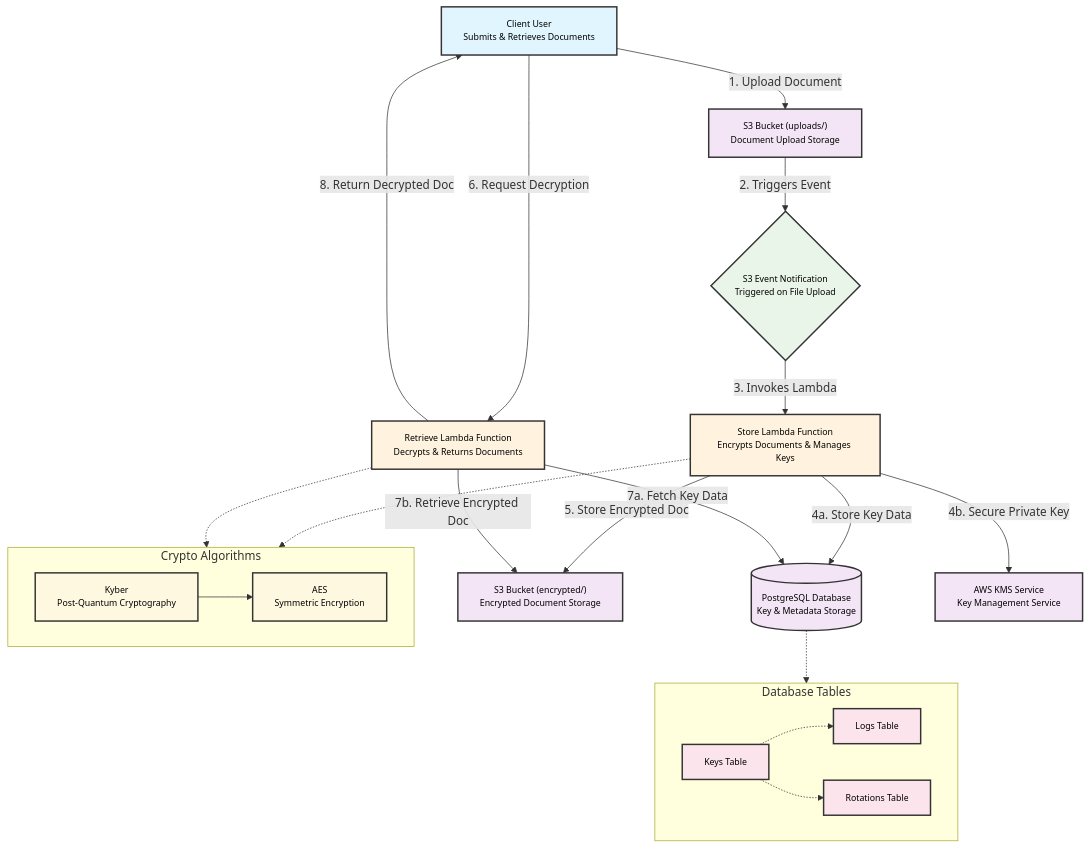
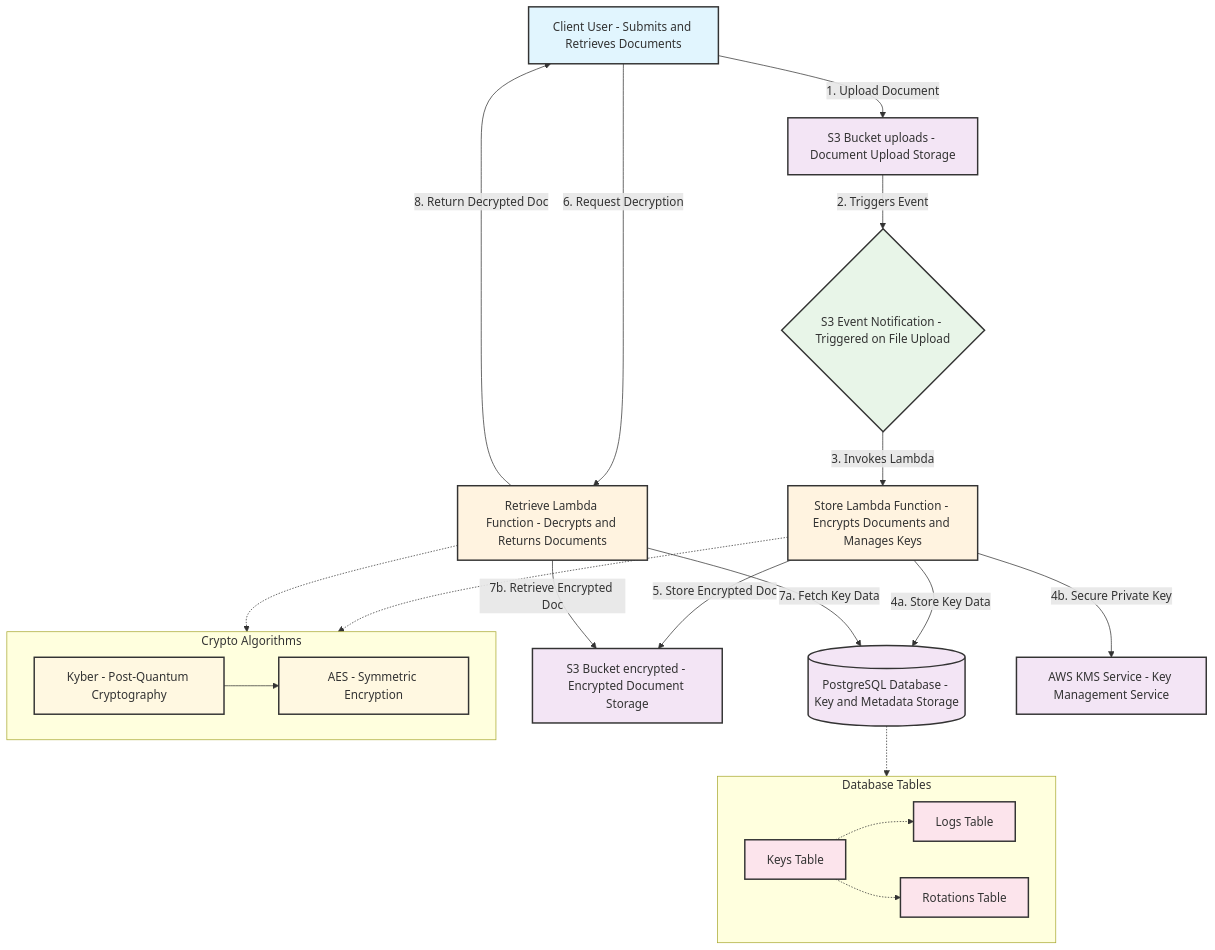
The diagram in architecture.mmd (m1rl0k/pqfile), drawn with Mermaid before and after one commit.

```diff
--- a/architecture.mmd
+++ b/architecture.mmd
@@ -1,65 +1,65 @@
-flowchart TB
+graph TB
     %% Define node styles
-    classDef userClass fill:#e1f5fe,stroke:#333,stroke-width:2px,font-size:12px,color:#000
-    classDef lambdaClass fill:#fff3e0,stroke:#333,stroke-width:2px,font-size:12px,color:#000
-    classDef storageClass fill:#f3e5f5,stroke:#333,stroke-width:2px,font-size:12px,color:#000
-    classDef eventClass fill:#e8f5e8,stroke:#333,stroke-width:2px,font-size:12px,color:#000
-    classDef algorithmClass fill:#fff8e1,stroke:#333,stroke-width:2px,font-size:12px,color:#000
-    classDef dbClass fill:#fce4ec,stroke:#333,stroke-width:2px,font-size:12px,color:#000
+    classDef userClass fill:#e1f5fe,stroke:#333,stroke-width:2px
+    classDef lambdaClass fill:#fff3e0,stroke:#333,stroke-width:2px
+    classDef storageClass fill:#f3e5f5,stroke:#333,stroke-width:2px
+    classDef eventClass fill:#e8f5e8,stroke:#333,stroke-width:2px
+    classDef algorithmClass fill:#fff8e1,stroke:#333,stroke-width:2px
+    classDef dbClass fill:#fce4ec,stroke:#333,stroke-width:2px
     
     %% External Components
-    User["Client User<br/>Submits & Retrieves Documents"] 
-    S3Up["S3 Bucket (uploads/)<br/>Document Upload Storage"] 
-    S3Enc["S3 Bucket (encrypted/)<br/>Encrypted Document Storage"] 
+    User[Client User - Submits and Retrieves Documents] 
+    S3Up[S3 Bucket uploads - Document Upload Storage] 
+    S3Enc[S3 Bucket encrypted - Encrypted Document Storage] 
     
     %% Core Services
-    Store["Store Lambda Function<br/>Encrypts Documents & Manages Keys"] 
-    Retrieve["Retrieve Lambda Function<br/>Decrypts & Returns Documents"] 
-    DB[("PostgreSQL Database<br/>Key & Metadata Storage")] 
-    KMS["AWS KMS Service<br/>Key Management Service"] 
+    Store[Store Lambda Function - Encrypts Documents and Manages Keys] 
+    Retrieve[Retrieve Lambda Function - Decrypts and Returns Documents] 
+    DB[(PostgreSQL Database - Key and Metadata Storage)] 
+    KMS[AWS KMS Service - Key Management Service] 
     
     %% Event Flow
-    Event{"S3 Event Notification<br/>Triggered on File Upload"} 
+    Event{S3 Event Notification - Triggered on File Upload} 
     
     %% Flow Connections
-    User -->|"1. Upload Document"| S3Up
-    User -->|"6. Request Decryption"| Retrieve
+    User -->|1. Upload Document| S3Up
+    User -->|6. Request Decryption| Retrieve
     
     %% Automatic Encryption Flow
-    S3Up -->|"2. Triggers Event"| Event
-    Event -->|"3. Invokes Lambda"| Store
-    Store -->|"4a. Store Key Data"| DB
-    Store -->|"4b. Secure Private Key"| KMS
-    Store -->|"5. Store Encrypted Doc"| S3Enc
+    S3Up -->|2. Triggers Event| Event
+    Event -->|3. Invokes Lambda| Store
+    Store -->|4a. Store Key Data| DB
+    Store -->|4b. Secure Private Key| KMS
+    Store -->|5. Store Encrypted Doc| S3Enc
     
     %% Decryption Flow
-    Retrieve -->|"7a. Fetch Key Data"| DB
-    Retrieve -->|"7b. Retrieve Encrypted Doc"| S3Enc
-    Retrieve -->|"8. Return Decrypted Doc"| User
+    Retrieve -->|7a. Fetch Key Data| DB
+    Retrieve -->|7b. Retrieve Encrypted Doc| S3Enc
+    Retrieve -->|8. Return Decrypted Doc| User
     
     %% Algorithm Details
-    subgraph Algo ["Crypto Algorithms"]
-        Kyber["Kyber<br/>Post-Quantum Cryptography"]
-        AES["AES<br/>Symmetric Encryption"]
+    subgraph Algo [Crypto Algorithms]
+        Kyber[Kyber - Post-Quantum Cryptography]
+        AES[AES - Symmetric Encryption]
         Kyber --> AES
     end
     Store -.-> Algo
     Retrieve -.-> Algo
     
     %% Database Schema
-    subgraph DBSchema ["Database Tables"]
-        Keys["Keys Table"]
-        Logs["Logs Table"]
-        Rots["Rotations Table"]
+    subgraph DBSchema [Database Tables]
+        Keys[Keys Table]
+        Logs[Logs Table]
+        Rots[Rotations Table]
         Keys -.-> Logs
         Keys -.-> Rots
     end
     DB -.-> DBSchema
     
     %% Apply styles to nodes
     class User userClass
     class Store,Retrieve lambdaClass
     class S3Up,S3Enc,DB,KMS storageClass
     class Event eventClass
     class Kyber,AES algorithmClass
     class Keys,Logs,Rots dbClass
```
